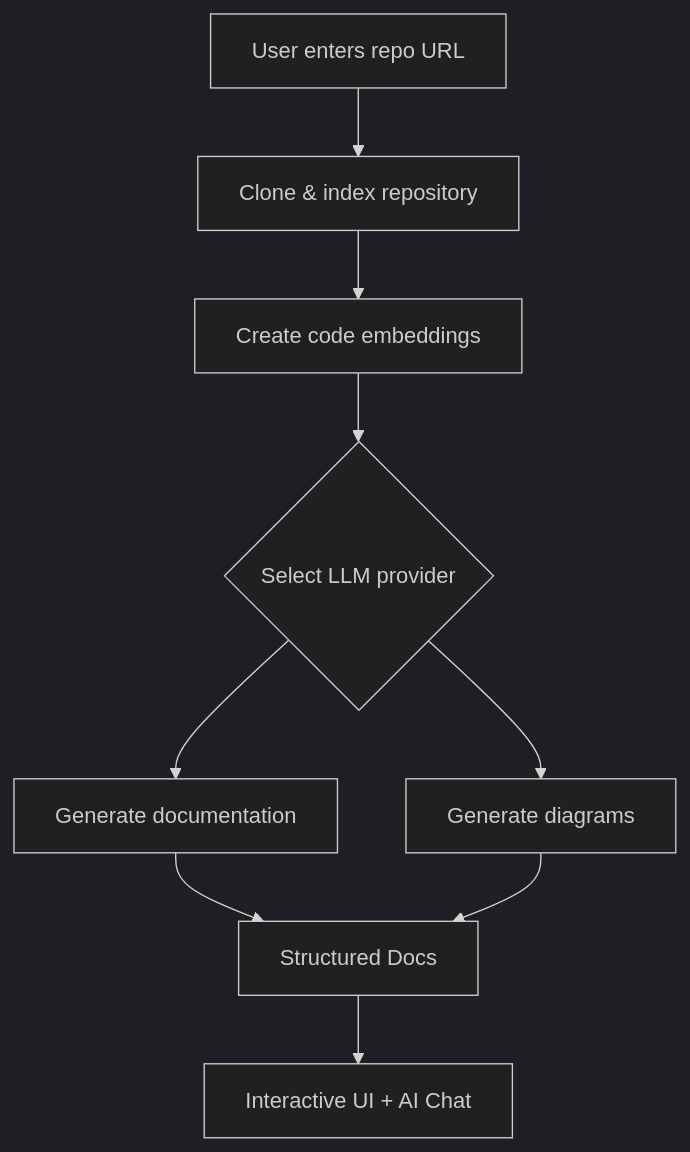
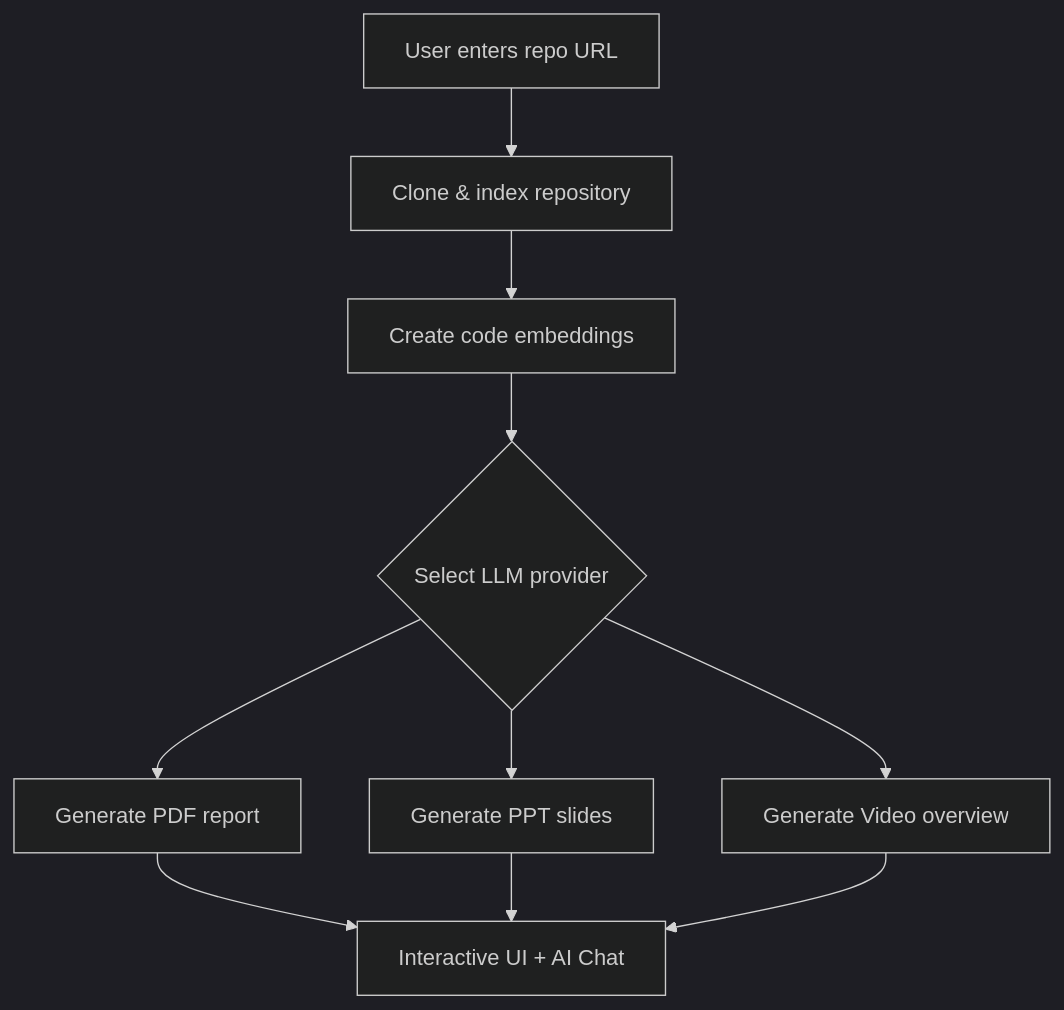
Before and after one commit to TeresaLin0725/CS5260_Group12_RepoAgent: the first of 2 diagrams in README.md, drawn with Mermaid (dark theme). The commit also changed other lines of this file and 12 other files, not shown here.

````diff
--- a/README.md
+++ b/README.md
@@ -70,11 +69,12 @@
 ```mermaid
 graph TD
     A[User enters repo URL] --> B[Clone & index repository]
     B --> C[Create code embeddings]
     C --> D{Select LLM provider}
-    D --> E[Generate documentation]
-    D --> F[Generate diagrams]
-    E --> G[Structured Docs]
-    F --> G
-    G --> H[Interactive UI + AI Chat]
+    D --> E[Generate PDF report]
+    D --> F[Generate PPT slides]
+    D --> G[Generate Video overview]
+    E --> H[Interactive UI + AI Chat]
+    F --> H
+    G --> H
 ```
````
